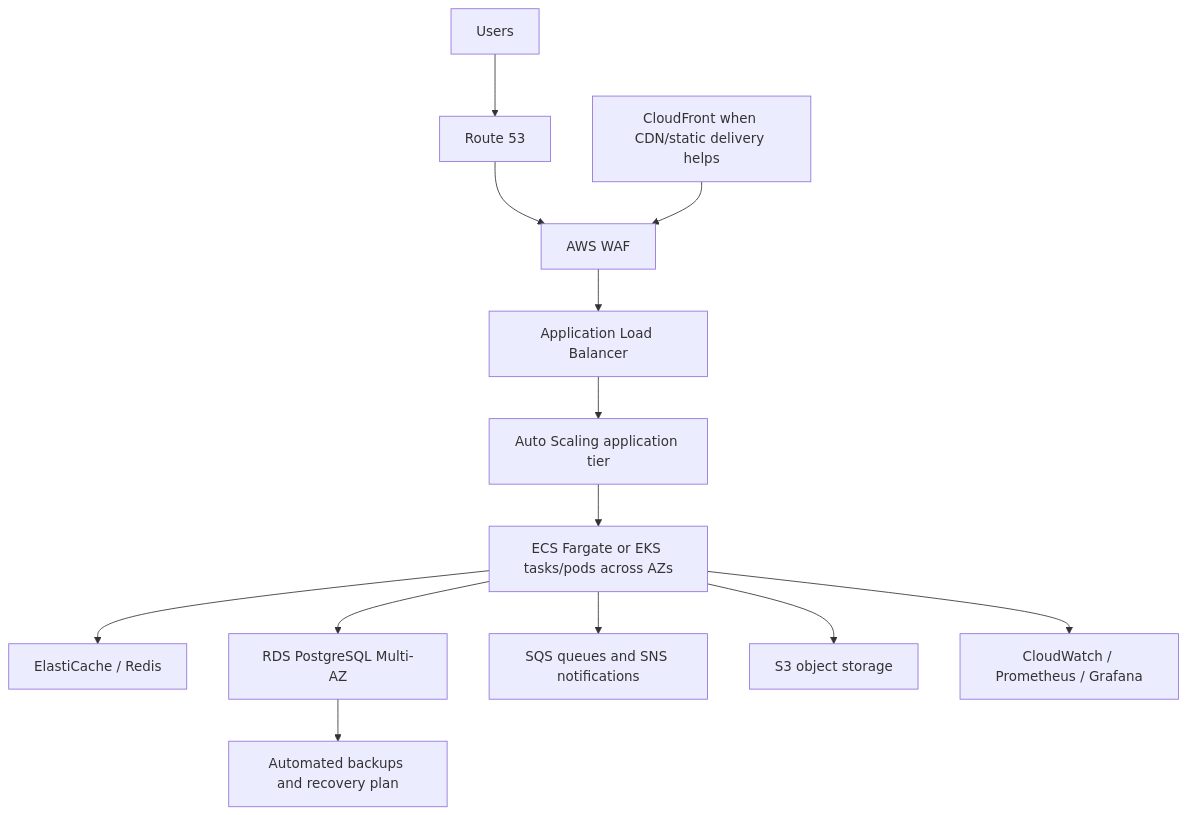
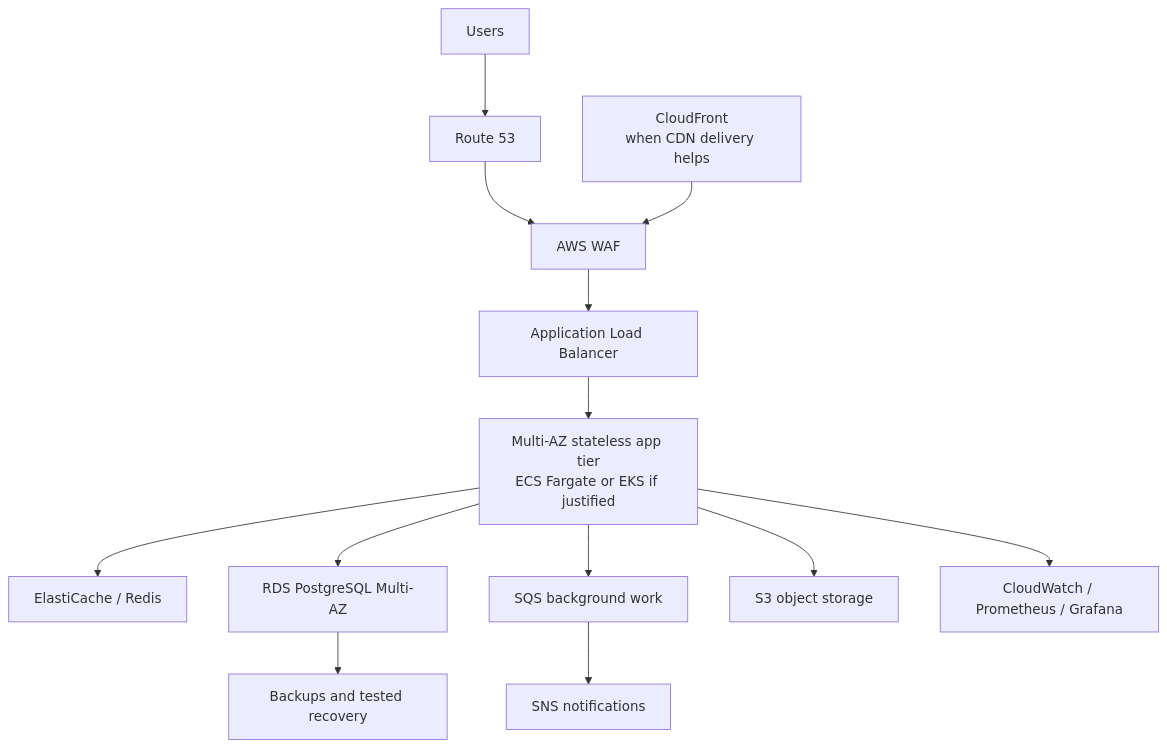
The seventh of 7 diagrams in README.md (uday2327/Automated-Linux-Server-Provisioning-Configuration-Management-and-Health-Monitoring), drawn with Mermaid before and after one commit. The commit also changed other lines of this file, not shown here.

````diff
--- a/README.md
+++ b/README.md
@@ -442,15 +573,15 @@
 ```mermaid
 flowchart TB
     Users[Users] --> DNS[Route 53]
     DNS --> WAF[AWS WAF]
+    CDN[CloudFront<br/>when CDN delivery helps] --> WAF
     WAF --> ALB[Application Load Balancer]
-    ALB --> ASG[Auto Scaling application tier]
-    ASG --> Containers[ECS Fargate or EKS tasks/pods across AZs]
-    Containers --> Cache[ElastiCache / Redis]
-    Containers --> DB[RDS PostgreSQL Multi-AZ]
-    Containers --> Queue[SQS queues and SNS notifications]
-    Containers --> Store[S3 object storage]
-    CDN[CloudFront when CDN/static delivery helps] --> WAF
-    Containers --> Obs[CloudWatch / Prometheus / Grafana]
-    DB --> Backup[Automated backups and recovery plan]
+    ALB --> AppTier[Multi-AZ stateless app tier<br/>ECS Fargate or EKS if justified]
+    AppTier --> Cache[ElastiCache / Redis]
+    AppTier --> Database[RDS PostgreSQL Multi-AZ]
+    AppTier --> Queue[SQS background work]
+    Queue --> Notify[SNS notifications]
+    AppTier --> Objects[S3 object storage]
+    AppTier --> Observability[CloudWatch / Prometheus / Grafana]
+    Database --> Recovery[Backups and tested recovery]
 ```
````
